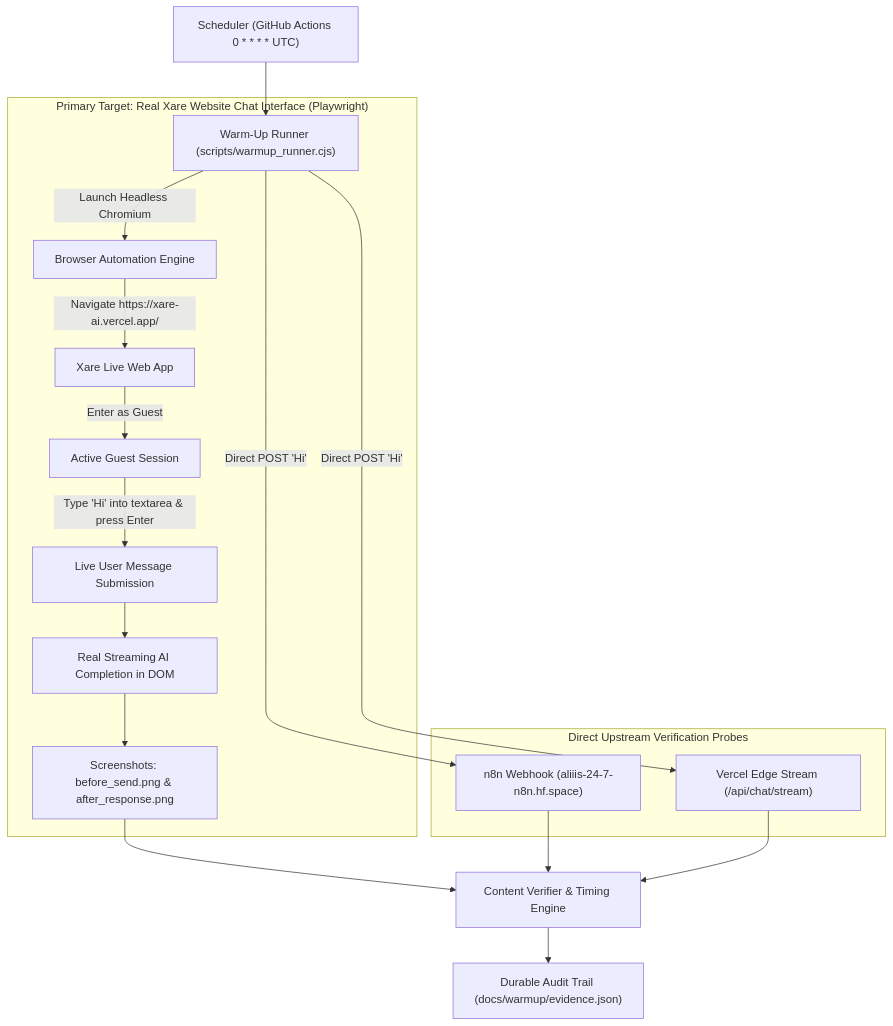
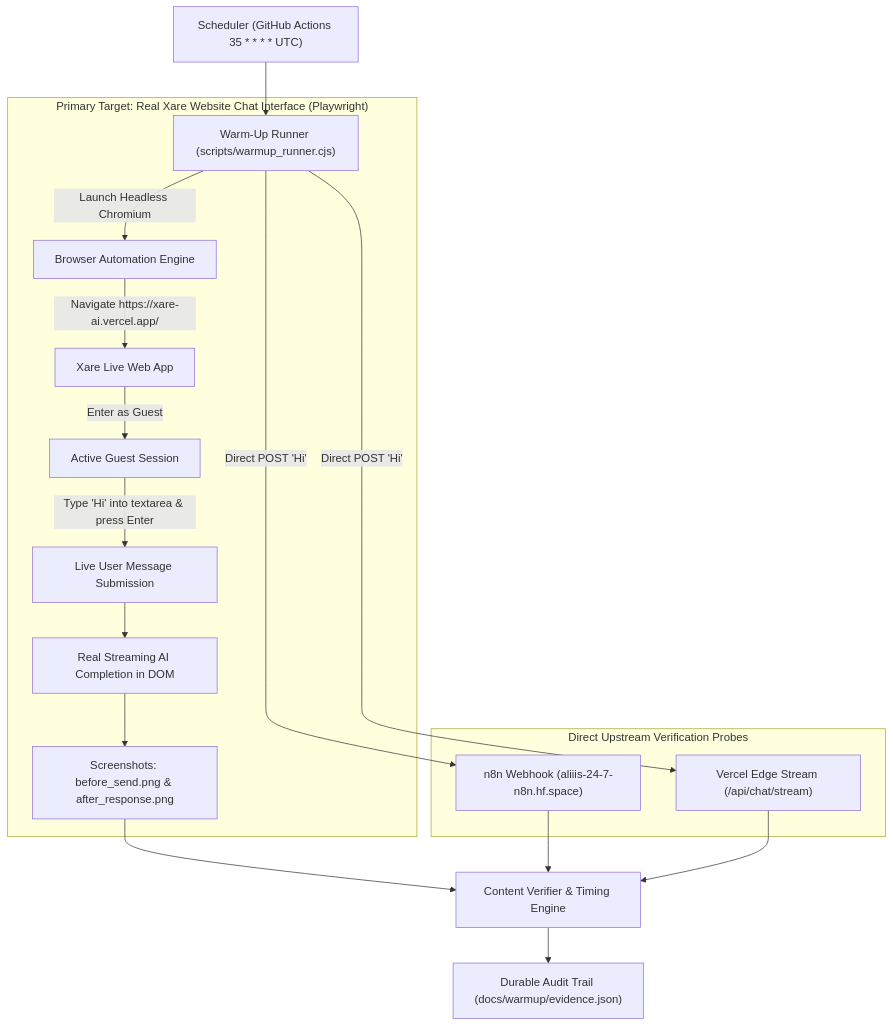
Before and after one commit to Ali-Kassem-AK/xare-ai: the diagram in docs/warmup/README.md, drawn with Mermaid. The commit also changed other lines of this file and 8 other files, not shown here.

````diff
--- a/docs/warmup/README.md
+++ b/docs/warmup/README.md
@@ -18,24 +18,24 @@
 ```mermaid
 flowchart TD
-    Scheduler["Scheduler (GitHub Actions 0 * * * * UTC)"] --> Runner["Warm-Up Runner (scripts/warmup_runner.cjs)"]
+    Scheduler["Scheduler (GitHub Actions 35 * * * * UTC)"] --> Runner["Warm-Up Runner (scripts/warmup_runner.cjs)"]
     
     subgraph TargetUI ["Primary Target: Real Xare Website Chat Interface (Playwright)"]
         Runner -->|"Launch Headless Chromium"| Browser["Browser Automation Engine"]
         Browser -->|"Navigate https://xare-ai.vercel.app/"| WebUI["Xare Live Web App"]
         WebUI -->|"Enter as Guest"| GuestSession["Active Guest Session"]
         GuestSession -->|"Type 'Hi' into textarea & press Enter"| ChatAction["Live User Message Submission"]
         ChatAction --> LiveResponse["Real Streaming AI Completion in DOM"]
         LiveResponse --> Screenshots["Screenshots: before_send.png & after_response.png"]
     end
 
     subgraph UpstreamProbes ["Direct Upstream Verification Probes"]
         Runner -->|"Direct POST 'Hi'"| N8NWebhook["n8n Webhook (aliiis-24-7-n8n.hf.space)"]
         Runner -->|"Direct POST 'Hi'"| EdgeStream["Vercel Edge Stream (/api/chat/stream)"]
     end
 
     Screenshots --> Verifier["Content Verifier & Timing Engine"]
     N8NWebhook --> Verifier
     EdgeStream --> Verifier
     
     Verifier --> Telemetry["Durable Audit Trail (docs/warmup/evidence.json)"]
 ```
````
